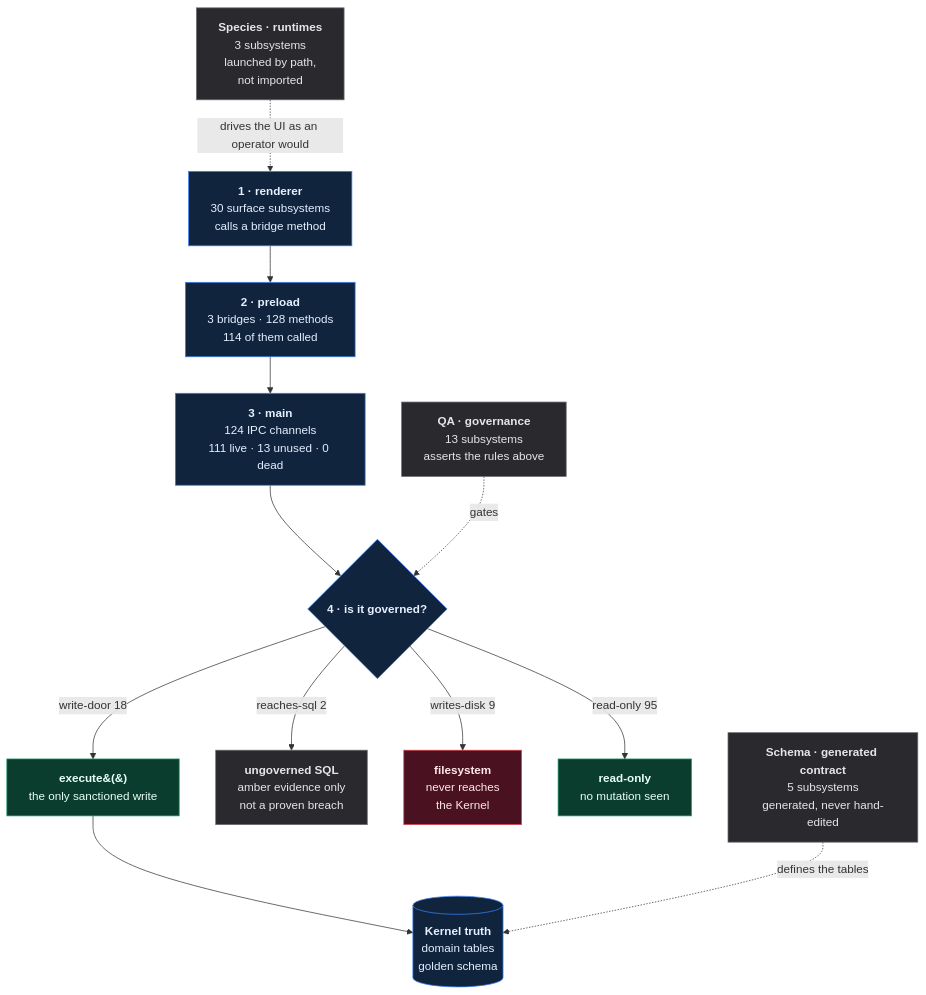
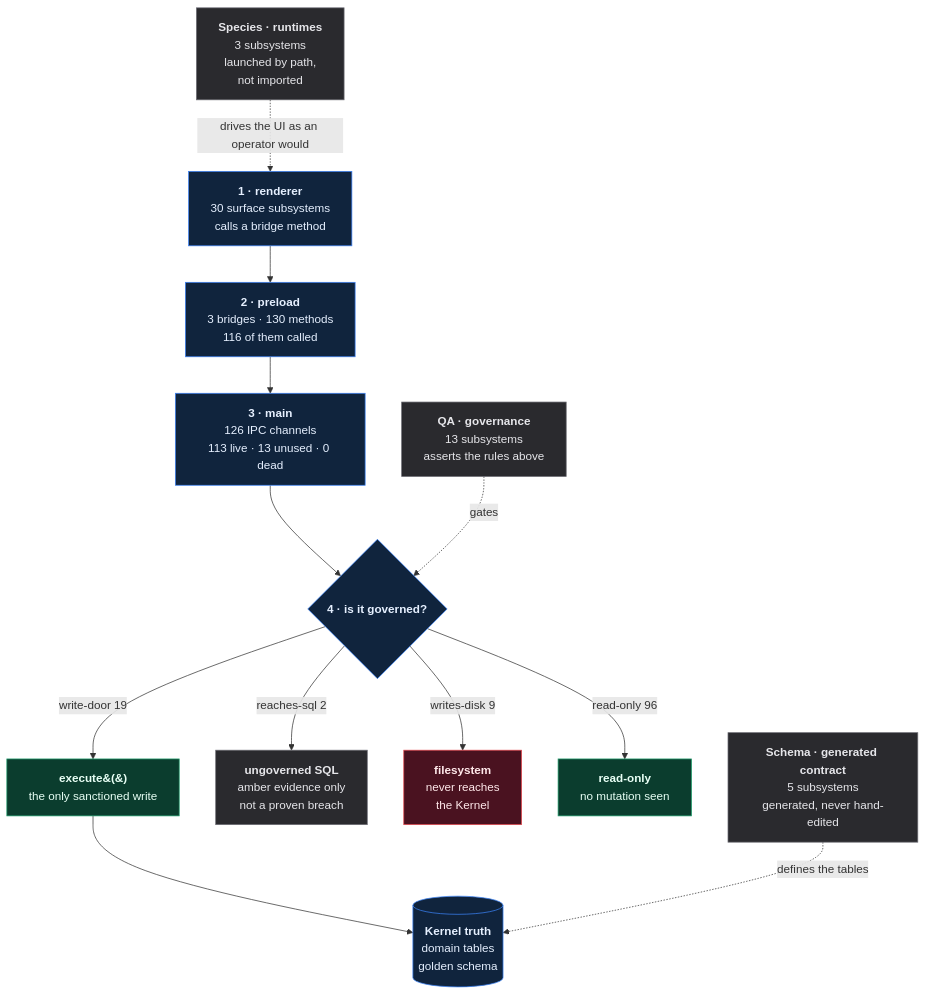
The diagram in qf-atlas/ATLAS.md (SidNig21/QuantFlow-Ontology), drawn with Mermaid before and after one commit. The commit also changed other lines of this file and 26 other files, not shown here.

````diff
--- a/qf-atlas/ATLAS.md
+++ b/qf-atlas/ATLAS.md
@@ -32,35 +32,35 @@
 ```mermaid
 flowchart TD
   R["<b>1 · renderer</b><br/>30 surface subsystems<br/>calls a bridge method"]
-  P["<b>2 · preload</b><br/>3 bridges · 128 methods<br/>114 of them called"]
-  M["<b>3 · main</b><br/>124 IPC channels<br/>111 live · 13 unused · 0 dead"]
+  P["<b>2 · preload</b><br/>3 bridges · 130 methods<br/>116 of them called"]
+  M["<b>3 · main</b><br/>126 IPC channels<br/>113 live · 13 unused · 0 dead"]
   H{"<b>4 · is it governed?</b>"}
   E["<b>execute&#40;&#41;</b><br/>the only sanctioned write"]
   DB[("<b>Kernel truth</b><br/>domain tables<br/>golden schema")]
 
   R --> P --> M --> H
-  H -->|"write-door 18"| E
+  H -->|"write-door 19"| E
   E --> DB
   A["<b>ungoverned SQL</b><br/>amber evidence only<br/>not a proven breach"]
   H -->|"reaches-sql 2"| A
   FS["<b>filesystem</b><br/>never reaches<br/>the Kernel"]
   H -->|"writes-disk 9"| FS
   RO["<b>read-only</b><br/>no mutation seen"]
-  H -->|"read-only 95"| RO
+  H -->|"read-only 96"| RO
 
   QA["<b>QA · governance</b><br/>13 subsystems<br/>asserts the rules above"]
   SP["<b>Species · runtimes</b><br/>3 subsystems<br/>launched by path,<br/>not imported"]
   SC["<b>Schema · generated contract</b><br/>5 subsystems<br/>generated, never hand-edited"]
   QA -.->|"gates"| H
   SC -.->|"defines the tables"| DB
   SP -.->|"drives the UI as an operator would"| R
 
   classDef good fill:#0b3d2e,stroke:#1f9d6b,color:#e8fff5
   classDef bad fill:#4a1220,stroke:#e5484d,color:#ffe8ea
   classDef gray fill:#2a2a2e,stroke:#6b6b73,color:#e6e6ea
   classDef truth fill:#10243d,stroke:#3b82f6,color:#e6f0ff
   class E,RO good
   class FS bad
   class A,QA,SP,SC gray
   class DB,R,P,M,H truth
 ```
````
